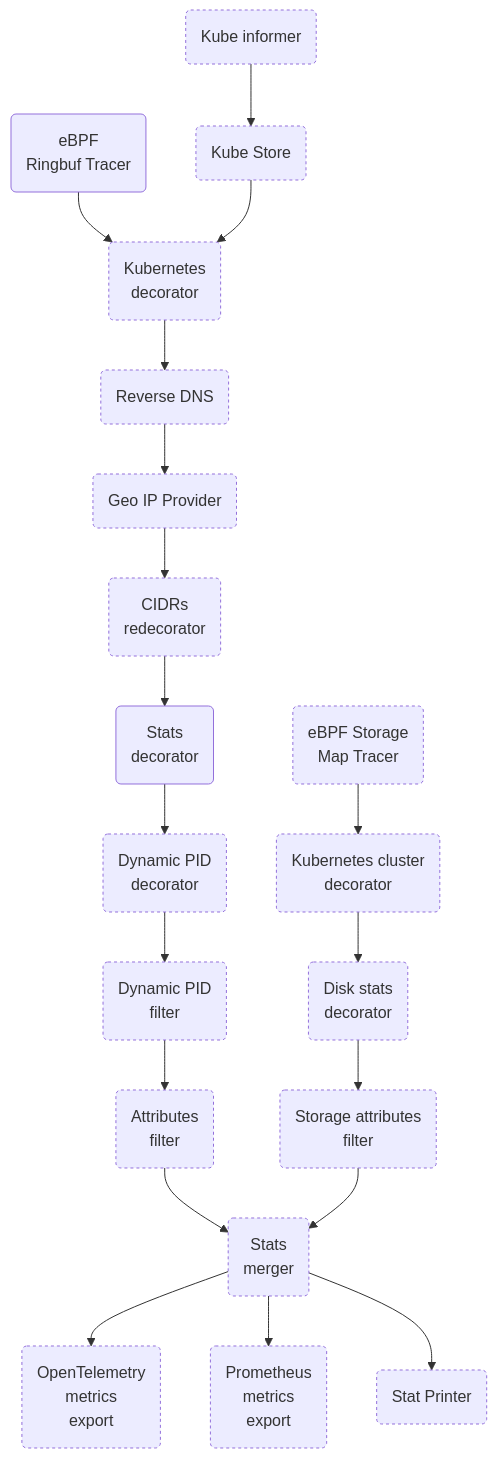
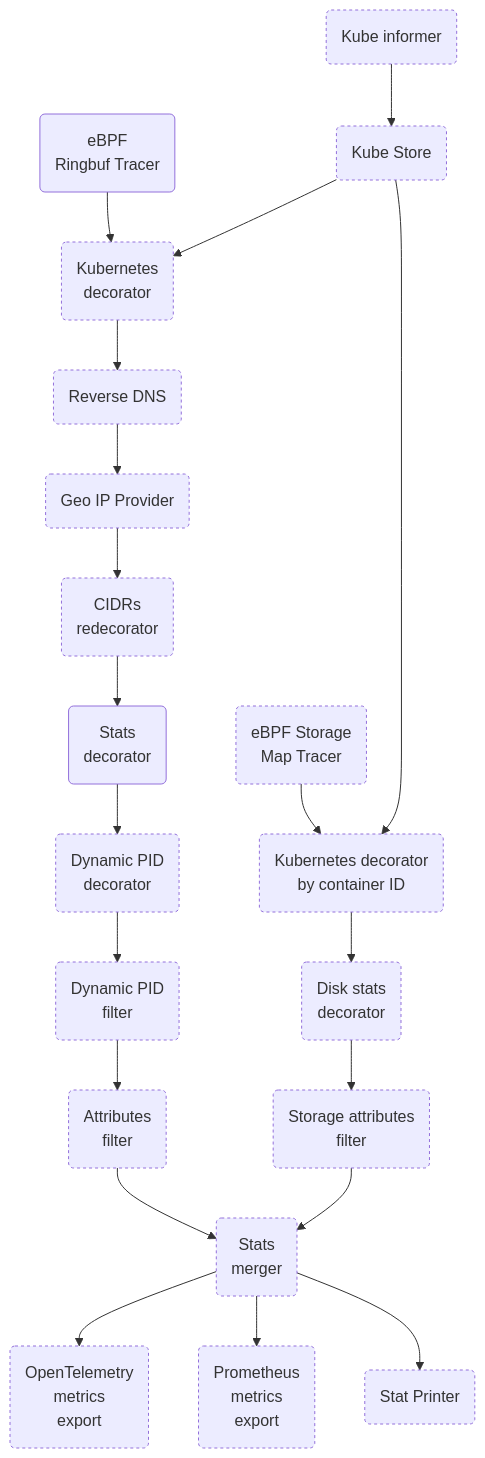
Before and after one commit to TheDwingMAN/opentelemetry-ebpf-instrumentation: the third of 3 diagrams in devdocs/pipeline-map.md, drawn with Mermaid. The commit also changed 26 other files, not shown here.

````diff
--- a/devdocs/pipeline-map.md
+++ b/devdocs/pipeline-map.md
@@ -103,22 +103,23 @@
 ```mermaid
 flowchart TD
     classDef optional stroke-dasharray: 3 3;
     RT(eBPF<br/>Ringbuf Tracer) --> K8S
     KIN(Kube informer):::optional --> KSTORE
     KSTORE(Kube Store):::optional --> K8S
     K8S(Kubernetes<br/>decorator):::optional --> RDNS
     RDNS(Reverse DNS):::optional --> GeoIP
     GeoIP(Geo IP Provider):::optional --> CIDRS
     CIDRS(CIDRs<br/>redecorator):::optional --> DEC
     DEC(Stats<br/>decorator) --> DPD
     DPD(Dynamic PID<br/>decorator):::optional --> DPF
     DPF(Dynamic PID<br/>filter):::optional --> FLTR
     FLTR(Attributes<br/>filter):::optional --> MRG
     DMT(eBPF Storage<br/>Map Tracer):::optional --> DK8S
-    DK8S(Kubernetes cluster<br/>decorator):::optional --> DDEC
+    KSTORE --> DK8S
+    DK8S(Kubernetes decorator<br/>by container ID):::optional --> DDEC
     DDEC(Disk stats<br/>decorator):::optional --> SFLTR
     SFLTR(Storage attributes<br/>filter):::optional --> MRG
     MRG(Stats<br/>merger):::optional --> OTEL(OpenTelemetry<br/>metrics<br/>export):::optional
     MRG --> PROM(Prometheus<br/>metrics<br/>export):::optional
     MRG --> StatPrinter(Stat Printer):::optional
 ```
````
